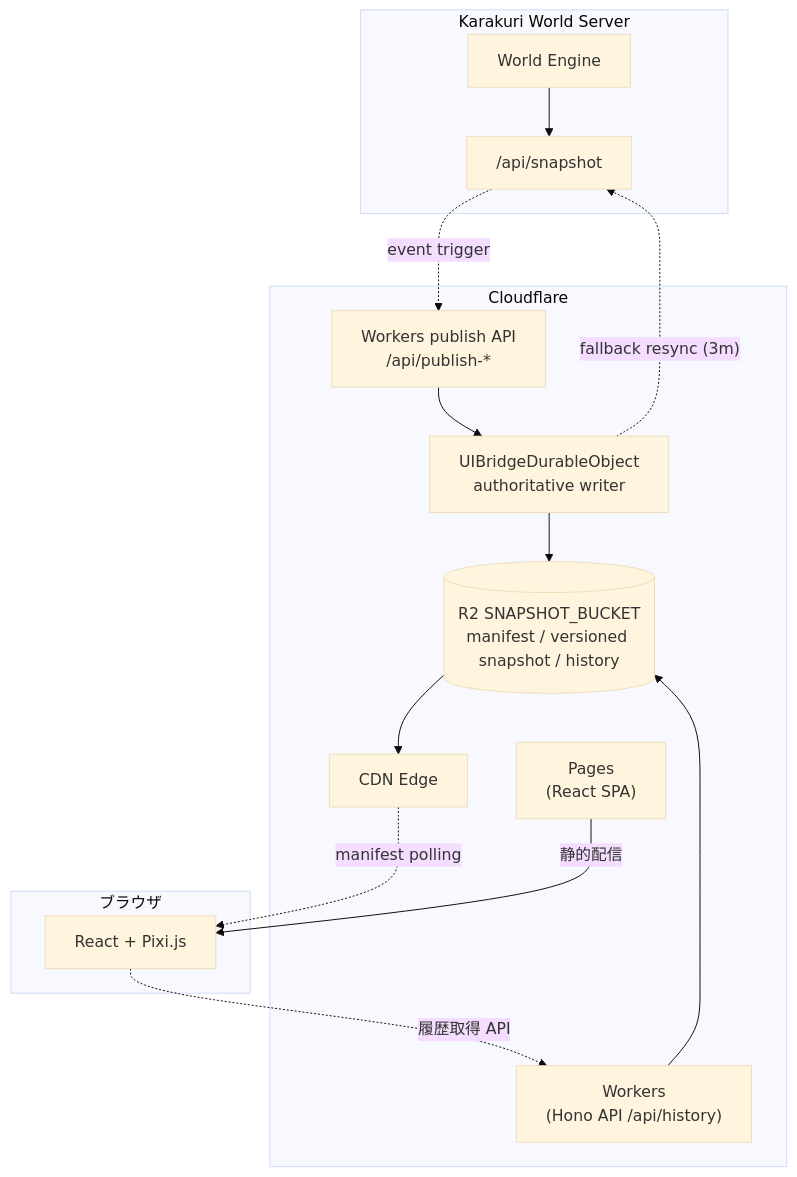
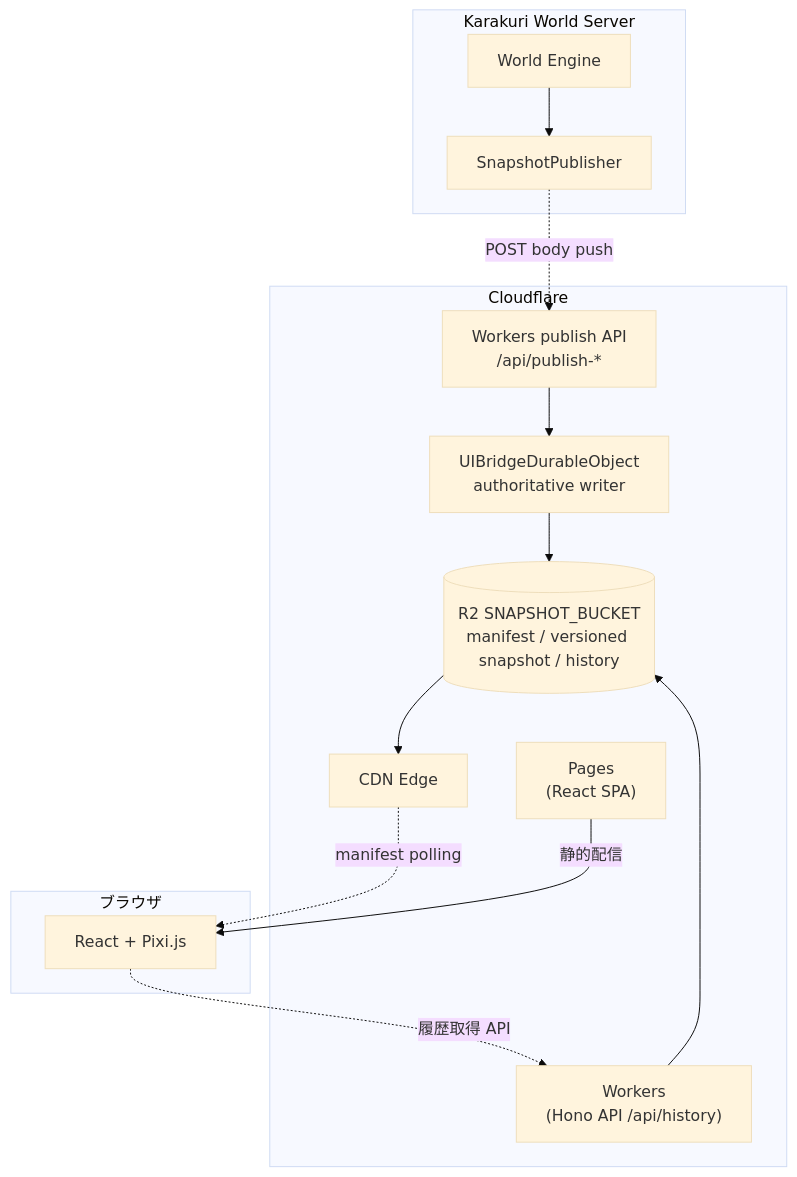
Before and after one commit to KarakuriAgent/karakuri-world: the diagram in docs/design/ui-system.md, drawn with Mermaid (base theme). The commit also changed other lines of this file and 289 other files, not shown here.

First line of the commit message:
feat(spectator): snapshot body-push 移行と観戦 UI 刷新 + apps/ monorepo 化 (#65)

````diff
--- a/docs/design/ui-system.md
+++ b/docs/design/ui-system.md
@@ -33,32 +33,31 @@
 ```mermaid
 graph TB
     subgraph kw["Karakuri World Server"]
         engine["World Engine"]
-        snapshot["/api/snapshot"]
-        engine --> snapshot
+        publisher["SnapshotPublisher"]
+        engine --> publisher
     end
 
     subgraph cf["Cloudflare"]
         publishApi["Workers publish API<br/>/api/publish-*"]
         bridge["UIBridgeDurableObject<br/>authoritative writer"]
         r2[("R2 SNAPSHOT_BUCKET<br/>manifest / versioned snapshot / history")]
         edge["CDN Edge"]
         workers["Workers<br/>(Hono API /api/history)"]
         pages["Pages<br/>(React SPA)"]
 
         publishApi --> bridge
         bridge --> r2
         r2 --> edge
         workers --> r2
     end
 
     subgraph client["ブラウザ"]
         ui["React + Pixi.js"]
     end
 
-    snapshot -.->|"event trigger"| publishApi
-    bridge -.->|"fallback resync (3m)"| snapshot
+    publisher -.->|"POST body push"| publishApi
     edge -.->|"manifest polling"| ui
     ui -.->|"履歴取得 API"| workers
     pages -->|"静的配信"| ui
 ```
````
